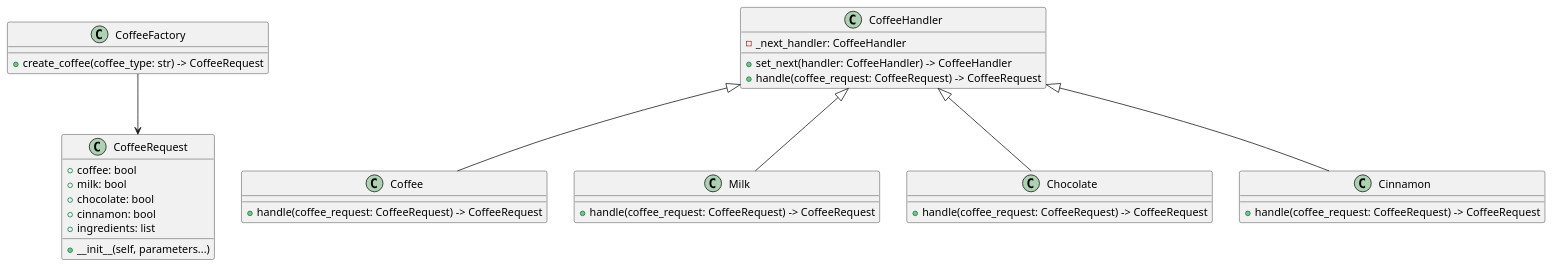
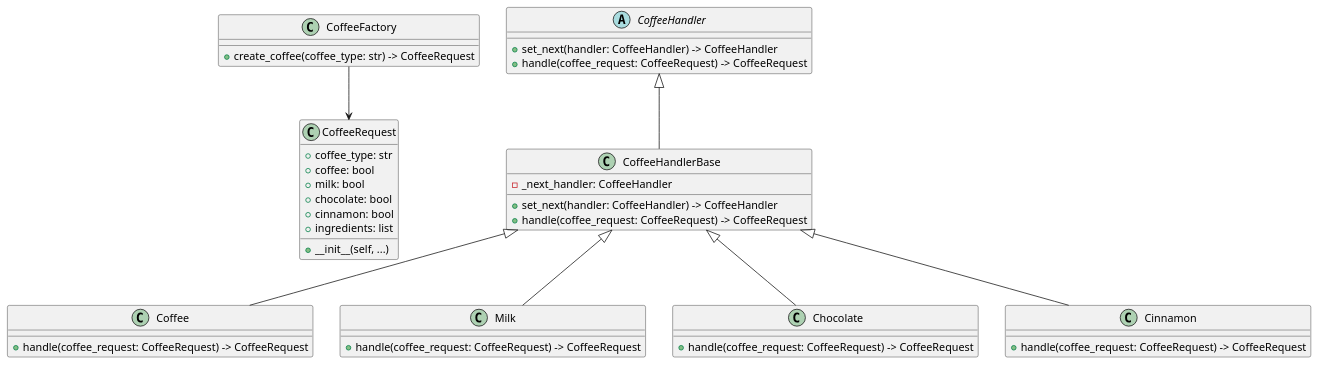
Before and after one commit to quinont/design-patterns: the diagram in no-chain-of-responsibility/004-otra-forma-de-verlo/docs/class.puml, drawn with PlantUML. The commit also changed 4 other files, not shown here.

```diff
--- a/no-chain-of-responsibility/004-otra-forma-de-verlo/docs/class.puml
+++ b/no-chain-of-responsibility/004-otra-forma-de-verlo/docs/class.puml
@@ -1,42 +1,49 @@
 @startuml
 class CoffeeRequest {
+    +coffee_type: str
     +coffee: bool
     +milk: bool
     +chocolate: bool
     +cinnamon: bool
     +ingredients: list
-    +__init__(self, parameters...)
+    +__init__(self, ...)
 }
 
-class CoffeeHandler {
+abstract class CoffeeHandler {
+    +set_next(handler: CoffeeHandler) -> CoffeeHandler
+    +handle(coffee_request: CoffeeRequest) -> CoffeeRequest
+}
+
+class CoffeeHandlerBase {
     -_next_handler: CoffeeHandler
     +set_next(handler: CoffeeHandler) -> CoffeeHandler
     +handle(coffee_request: CoffeeRequest) -> CoffeeRequest
 }
 
 class Coffee {
     +handle(coffee_request: CoffeeRequest) -> CoffeeRequest
 }
 
 class Milk {
     +handle(coffee_request: CoffeeRequest) -> CoffeeRequest
 }
 
 class Chocolate {
     +handle(coffee_request: CoffeeRequest) -> CoffeeRequest
 }
 
 class Cinnamon {
     +handle(coffee_request: CoffeeRequest) -> CoffeeRequest
 }
 
 class CoffeeFactory {
     +create_coffee(coffee_type: str) -> CoffeeRequest
 }
 
-CoffeeHandler <|-- Coffee
-CoffeeHandler <|-- Milk
-CoffeeHandler <|-- Chocolate
-CoffeeHandler <|-- Cinnamon
+CoffeeHandler <|-- CoffeeHandlerBase
+CoffeeHandlerBase <|-- Coffee
+CoffeeHandlerBase <|-- Milk
+CoffeeHandlerBase <|-- Chocolate
+CoffeeHandlerBase <|-- Cinnamon
 CoffeeFactory --> CoffeeRequest
 @enduml
```
